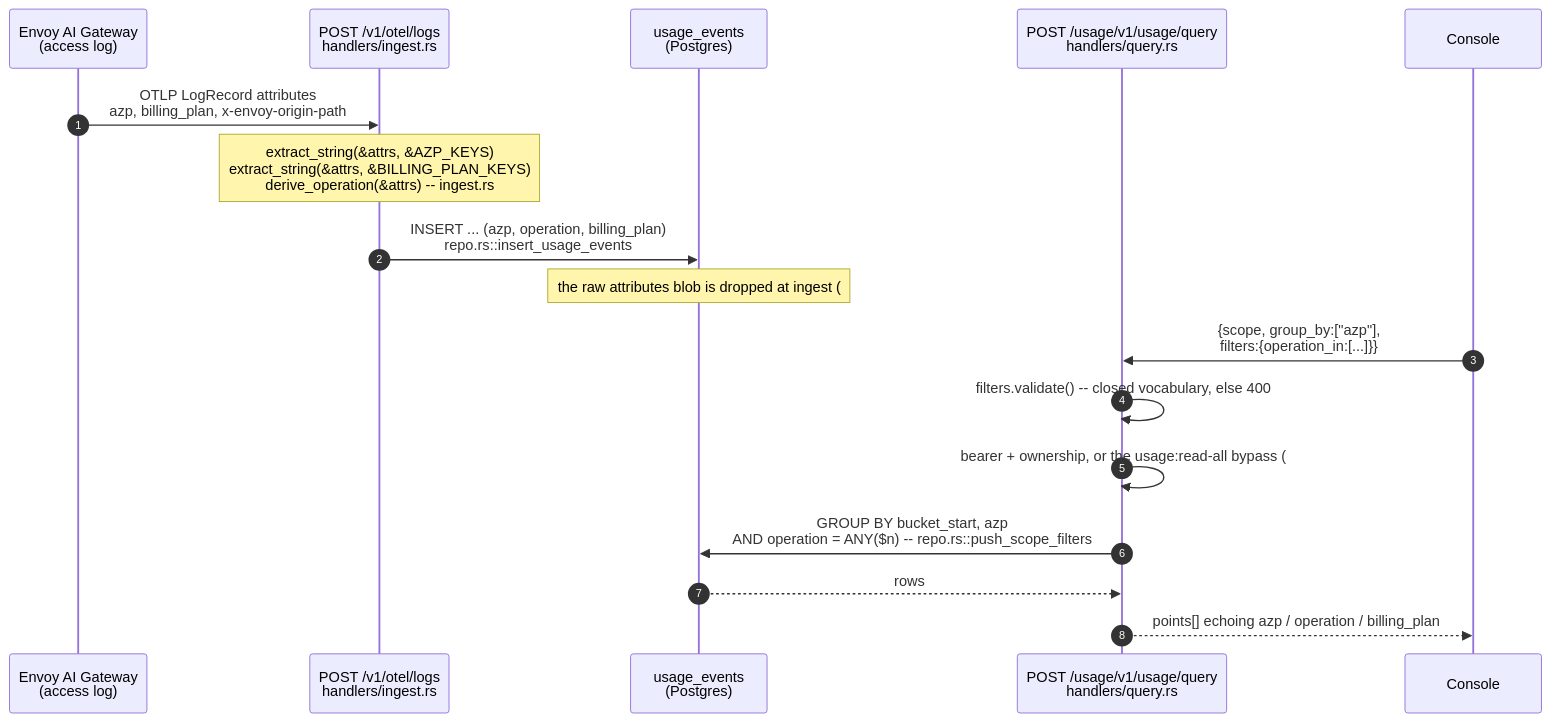
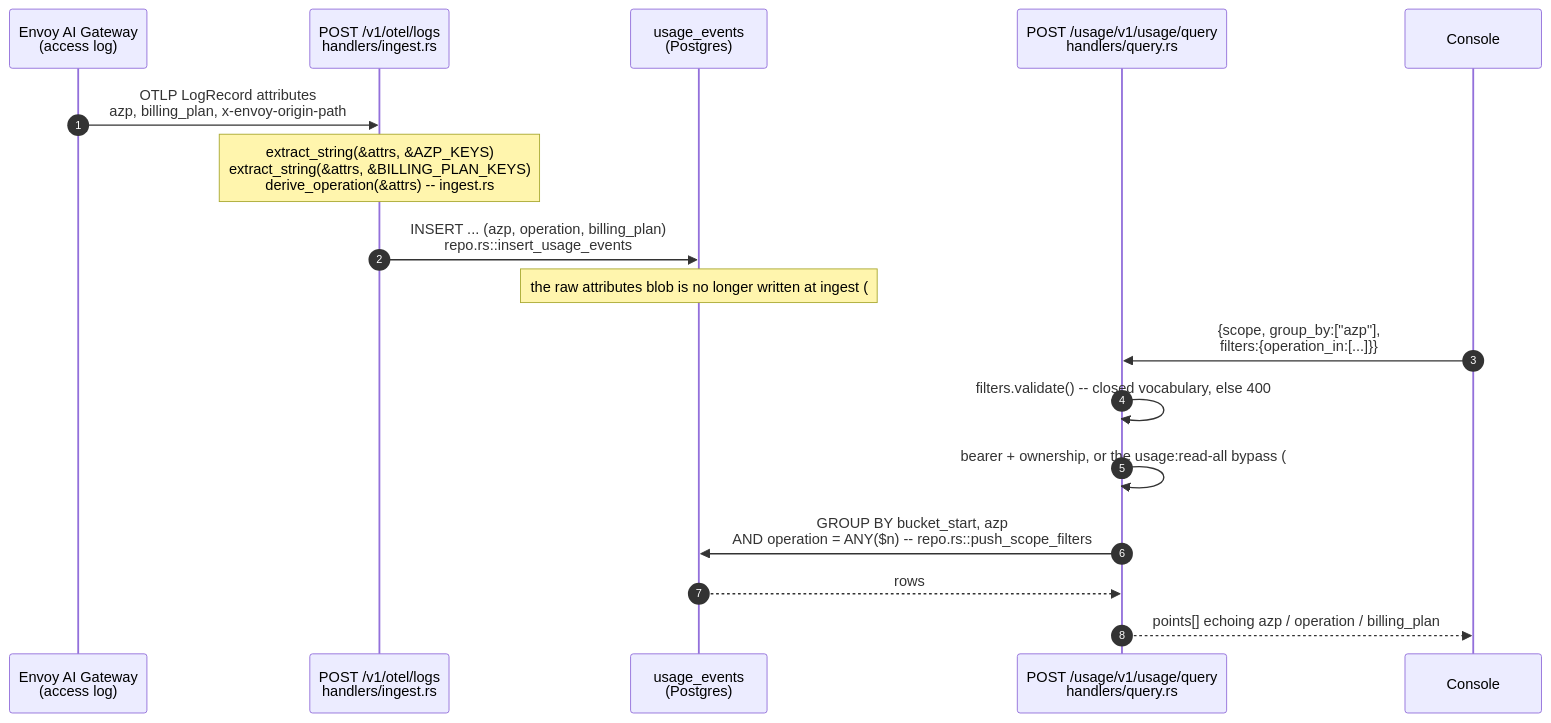
One commit to ADORSYS-GIS/lightbridge-authz changed the first of 2 diagrams in docs/usage-api.md. Above: the diagram before and after it, drawn with Mermaid. The commit also changed other lines of this file and 9 other files, not shown here.

````diff
--- a/docs/usage-api.md
+++ b/docs/usage-api.md
@@ -213,20 +213,20 @@
 ```mermaid
 sequenceDiagram
     autonumber
     participant GW as Envoy AI Gateway<br/>(access log)
     participant IN as POST /v1/otel/logs<br/>handlers/ingest.rs
     participant DB as usage_events<br/>(Postgres)
     participant Q as POST /usage/v1/usage/query<br/>handlers/query.rs
     participant C as Console
 
     GW->>IN: OTLP LogRecord attributes<br/>azp, billing_plan, x-envoy-origin-path
     Note over IN: extract_string(&attrs, &AZP_KEYS)<br/>extract_string(&attrs, &BILLING_PLAN_KEYS)<br/>derive_operation(&attrs) -- ingest.rs
     IN->>DB: INSERT ... (azp, operation, billing_plan)<br/>repo.rs::insert_usage_events
-    Note over DB: the raw attributes blob is dropped at ingest (#549 AC1);<br/>the columns are the only place these dimensions live
+    Note over DB: the raw attributes blob is no longer written at ingest (#549 AC1);<br/>the columns are the only place these dimensions live
     C->>Q: {scope, group_by:["azp"],<br/>filters:{operation_in:[...]}}
     Q->>Q: filters.validate() -- closed vocabulary, else 400
     Q->>Q: bearer + ownership, or the usage:read-all bypass (#648)
     Q->>DB: GROUP BY bucket_start, azp<br/>AND operation = ANY($n) -- repo.rs::push_scope_filters
     DB-->>Q: rows
     Q-->>C: points[] echoing azp / operation / billing_plan
 ```
````
